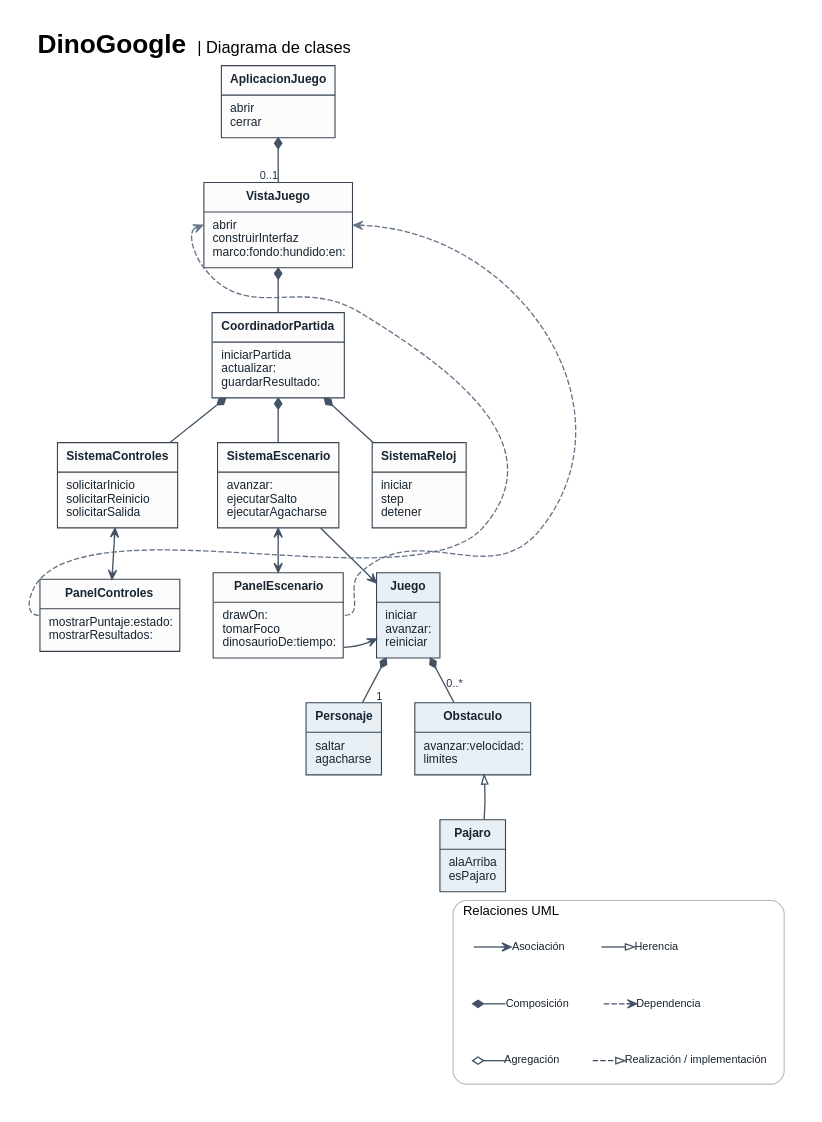
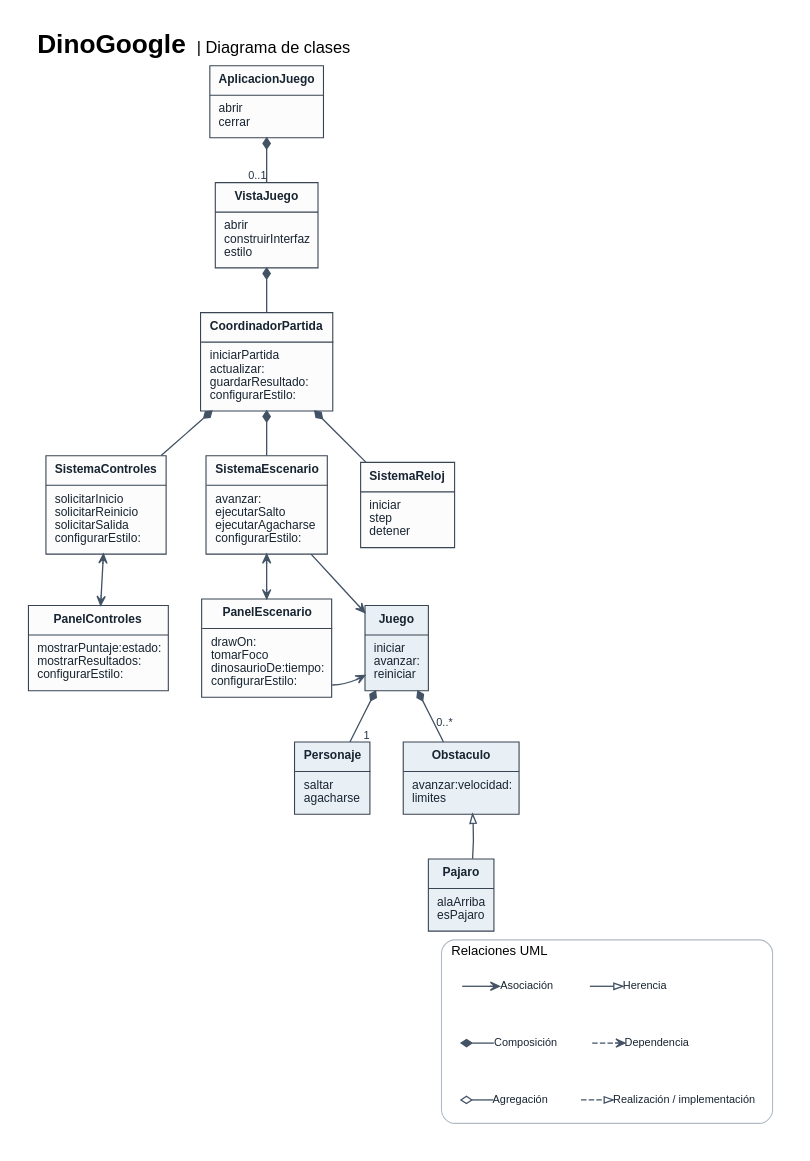
Before and after one commit to CnioritoD/DinoGoogle: the diagram in docs/diagrama-de-clases.dot, drawn with Graphviz. The commit also changed 7 other files, not shown here.

Commit message:
Distribuir el estilo a través de la jerarquía de la interfaz

```diff
--- a/docs/diagrama-de-clases.dot
+++ b/docs/diagrama-de-clases.dot
@@ -1,123 +1,121 @@
 digraph DinoGoogle {
   graph [rankdir=TB, bgcolor="#ffffff", pad=0.26, nodesep=0.42, ranksep=0.57,
     fontname="Arial", fontsize=24, labelloc=t, labeljust=l,
     label=<<B>DinoGoogle</B> <FONT POINT-SIZE="15">| Diagrama de clases</FONT>>];
   node [shape=plain, fontname="Arial", fontsize=11,
     color="#394452", fontcolor="#172431", penwidth=1.15, margin="0.16,0.09"];
   edge [fontname="Arial", fontsize=10, color="#435365", fontcolor="#243246",
     penwidth=1.2, arrowsize=0.83];
 
   AplicacionJuego [label=<<TABLE BORDER="1" COLOR="#394452" CELLBORDER="0" CELLSPACING="0" CELLPADDING="7" BGCOLOR="#fcfcfc">
     <TR><TD><B>AplicacionJuego</B></TD></TR>
     <HR/><TR><TD ALIGN="LEFT" BALIGN="LEFT">abrir<BR ALIGN="LEFT"/>cerrar</TD></TR>
   </TABLE>>];
   VistaJuego [label=<<TABLE BORDER="1" COLOR="#394452" CELLBORDER="0" CELLSPACING="0" CELLPADDING="7" BGCOLOR="#fcfcfc">
     <TR><TD><B>VistaJuego</B></TD></TR>
-    <HR/><TR><TD ALIGN="LEFT" BALIGN="LEFT">abrir<BR ALIGN="LEFT"/>construirInterfaz<BR ALIGN="LEFT"/>marco:fondo:hundido:en:</TD></TR>
+    <HR/><TR><TD ALIGN="LEFT" BALIGN="LEFT">abrir<BR ALIGN="LEFT"/>construirInterfaz<BR ALIGN="LEFT"/>estilo</TD></TR>
   </TABLE>>];
   CoordinadorPartida [label=<<TABLE BORDER="1" COLOR="#394452" CELLBORDER="0" CELLSPACING="0" CELLPADDING="7" BGCOLOR="#fcfcfc">
     <TR><TD><B>CoordinadorPartida</B></TD></TR>
-    <HR/><TR><TD ALIGN="LEFT" BALIGN="LEFT">iniciarPartida<BR ALIGN="LEFT"/>actualizar:<BR ALIGN="LEFT"/>guardarResultado:</TD></TR>
+    <HR/><TR><TD ALIGN="LEFT" BALIGN="LEFT">iniciarPartida<BR ALIGN="LEFT"/>actualizar:<BR ALIGN="LEFT"/>guardarResultado:<BR ALIGN="LEFT"/>configurarEstilo:</TD></TR>
   </TABLE>>];
   SistemaControles [label=<<TABLE BORDER="1" COLOR="#394452" CELLBORDER="0" CELLSPACING="0" CELLPADDING="7" BGCOLOR="#fcfcfc">
     <TR><TD><B>SistemaControles</B></TD></TR>
-    <HR/><TR><TD ALIGN="LEFT" BALIGN="LEFT">solicitarInicio<BR ALIGN="LEFT"/>solicitarReinicio<BR ALIGN="LEFT"/>solicitarSalida</TD></TR>
+    <HR/><TR><TD ALIGN="LEFT" BALIGN="LEFT">solicitarInicio<BR ALIGN="LEFT"/>solicitarReinicio<BR ALIGN="LEFT"/>solicitarSalida<BR ALIGN="LEFT"/>configurarEstilo:</TD></TR>
   </TABLE>>];
   SistemaEscenario [label=<<TABLE BORDER="1" COLOR="#394452" CELLBORDER="0" CELLSPACING="0" CELLPADDING="7" BGCOLOR="#fcfcfc">
     <TR><TD><B>SistemaEscenario</B></TD></TR>
-    <HR/><TR><TD ALIGN="LEFT" BALIGN="LEFT">avanzar:<BR ALIGN="LEFT"/>ejecutarSalto<BR ALIGN="LEFT"/>ejecutarAgacharse</TD></TR>
+    <HR/><TR><TD ALIGN="LEFT" BALIGN="LEFT">avanzar:<BR ALIGN="LEFT"/>ejecutarSalto<BR ALIGN="LEFT"/>ejecutarAgacharse<BR ALIGN="LEFT"/>configurarEstilo:</TD></TR>
   </TABLE>>];
   SistemaReloj [label=<<TABLE BORDER="1" COLOR="#394452" CELLBORDER="0" CELLSPACING="0" CELLPADDING="7" BGCOLOR="#fcfcfc">
     <TR><TD><B>SistemaReloj</B></TD></TR>
     <HR/><TR><TD ALIGN="LEFT" BALIGN="LEFT">iniciar<BR ALIGN="LEFT"/>step<BR ALIGN="LEFT"/>detener</TD></TR>
   </TABLE>>];
   PanelControles [label=<<TABLE BORDER="1" COLOR="#394452" CELLBORDER="0" CELLSPACING="0" CELLPADDING="7" BGCOLOR="#fcfcfc">
     <TR><TD><B>PanelControles</B></TD></TR>
-    <HR/><TR><TD ALIGN="LEFT" BALIGN="LEFT">mostrarPuntaje:estado:<BR ALIGN="LEFT"/>mostrarResultados:</TD></TR>
+    <HR/><TR><TD ALIGN="LEFT" BALIGN="LEFT">mostrarPuntaje:estado:<BR ALIGN="LEFT"/>mostrarResultados:<BR ALIGN="LEFT"/>configurarEstilo:</TD></TR>
   </TABLE>>];
   PanelEscenario [label=<<TABLE BORDER="1" COLOR="#394452" CELLBORDER="0" CELLSPACING="0" CELLPADDING="7" BGCOLOR="#fcfcfc">
     <TR><TD><B>PanelEscenario</B></TD></TR>
-    <HR/><TR><TD ALIGN="LEFT" BALIGN="LEFT">drawOn:<BR ALIGN="LEFT"/>tomarFoco<BR ALIGN="LEFT"/>dinosaurioDe:tiempo:</TD></TR>
+    <HR/><TR><TD ALIGN="LEFT" BALIGN="LEFT">drawOn:<BR ALIGN="LEFT"/>tomarFoco<BR ALIGN="LEFT"/>dinosaurioDe:tiempo:<BR ALIGN="LEFT"/>configurarEstilo:</TD></TR>
   </TABLE>>];
   Juego [label=<<TABLE BORDER="1" COLOR="#394452" CELLBORDER="0" CELLSPACING="0" CELLPADDING="7" BGCOLOR="#e9f0f5">
     <TR><TD><B>Juego</B></TD></TR>
     <HR/><TR><TD ALIGN="LEFT" BALIGN="LEFT">iniciar<BR ALIGN="LEFT"/>avanzar:<BR ALIGN="LEFT"/>reiniciar</TD></TR>
   </TABLE>>];
   Personaje [label=<<TABLE BORDER="1" COLOR="#394452" CELLBORDER="0" CELLSPACING="0" CELLPADDING="7" BGCOLOR="#e9f0f5">
     <TR><TD><B>Personaje</B></TD></TR>
     <HR/><TR><TD ALIGN="LEFT" BALIGN="LEFT">saltar<BR ALIGN="LEFT"/>agacharse</TD></TR>
   </TABLE>>];
   Obstaculo [label=<<TABLE BORDER="1" COLOR="#394452" CELLBORDER="0" CELLSPACING="0" CELLPADDING="7" BGCOLOR="#e9f0f5">
     <TR><TD><B>Obstaculo</B></TD></TR>
     <HR/><TR><TD ALIGN="LEFT" BALIGN="LEFT">avanzar:velocidad:<BR ALIGN="LEFT"/>limites</TD></TR>
   </TABLE>>];
   Pajaro [label=<<TABLE BORDER="1" COLOR="#394452" CELLBORDER="0" CELLSPACING="0" CELLPADDING="7" BGCOLOR="#e9f0f5">
     <TR><TD><B>Pajaro</B></TD></TR>
     <HR/><TR><TD ALIGN="LEFT" BALIGN="LEFT">alaArriba<BR ALIGN="LEFT"/>esPajaro</TD></TR>
   </TABLE>>];
 
   // El rombo relleno va del lado del objeto que contiene al componente.
   edge [dir=back, arrowtail=diamond, arrowhead=none];
   AplicacionJuego -> VistaJuego [headlabel="0..1"];
   VistaJuego -> CoordinadorPartida;
   CoordinadorPartida -> SistemaControles;
   CoordinadorPartida -> SistemaEscenario;
   CoordinadorPartida -> SistemaReloj;
   Juego -> Personaje [headlabel="1", labeldistance=1.6, labelangle=-46];
   Juego -> Obstaculo [headlabel="0..*", labeldistance=1.7, labelangle=-30];
 
   // La asociación muestra una referencia conservada por la clase.
   edge [dir=forward, arrowtail=none, arrowhead=vee];
   SistemaControles -> PanelControles [dir=both, arrowtail=vee];
   SistemaEscenario -> PanelEscenario [dir=both, arrowtail=vee];
   SistemaEscenario -> Juego;
   PanelEscenario -> Juego [constraint=false];
 
   // La dependencia indica uso sin una referencia de instancia propia.
   edge [style=dashed, arrowhead=vee, color="#657487"];
 
-  PanelControles:w -> VistaJuego:w [constraint=false];
-  PanelEscenario:e -> VistaJuego:e [constraint=false];
 
   // El triángulo hueco señala la superclase.
   edge [style=solid, color="#435365", arrowhead=onormal, constraint=false];
   Pajaro -> Obstaculo;
 
   {rank=same; SistemaControles; SistemaEscenario; SistemaReloj}
   {rank=same; PanelControles; PanelEscenario; Juego}
   {rank=same; Personaje; Obstaculo}
   edge [style=invis, constraint=true, weight=10];
   PanelControles -> PanelEscenario -> Juego;
   Personaje -> Obstaculo;
   Obstaculo -> Pajaro;
 
   subgraph cluster_leyenda {
     graph [label="Relaciones UML", fontname="Arial", fontsize=12, style=rounded, color="#b1bac5", margin=16];
     node [shape=plain, style="", fontname="Arial", fontsize=10];
     asociacion [label="Asociación"];
     herencia [label="Herencia"];
     composicion [label="Composición"];
     dependencia [label="Dependencia"];
     agregacion [label="Agregación"];
     realizacion [label="Realización / implementación"];
     node [shape=point, width=0.015, height=0.015, fixedsize=true, label="", style=invis];
     edge [style=solid, constraint=true, weight=1, arrowtail=none, arrowhead=vee];
     {rank=same; a; asociacion; h; herencia}
     {rank=same; c; composicion; d; dependencia}
     {rank=same; g; agregacion; r; realizacion}
     a -> asociacion;
     h -> herencia [arrowhead=onormal];
     c -> composicion [dir=back, arrowtail=diamond, arrowhead=none];
     d -> dependencia [style=dashed];
     g -> agregacion [dir=back, arrowtail=odiamond, arrowhead=none];
     r -> realizacion [style=dashed, arrowhead=onormal];
     asociacion -> h [style=invis];
     composicion -> d [style=invis];
     agregacion -> r [style=invis];
     a -> c -> g [style=invis, minlen=1];
     h -> d -> r [style=invis, minlen=1];
   }
   // Mantiene la leyenda debajo del diagrama.
   Pajaro -> a [style=invis];
 
 }
```
